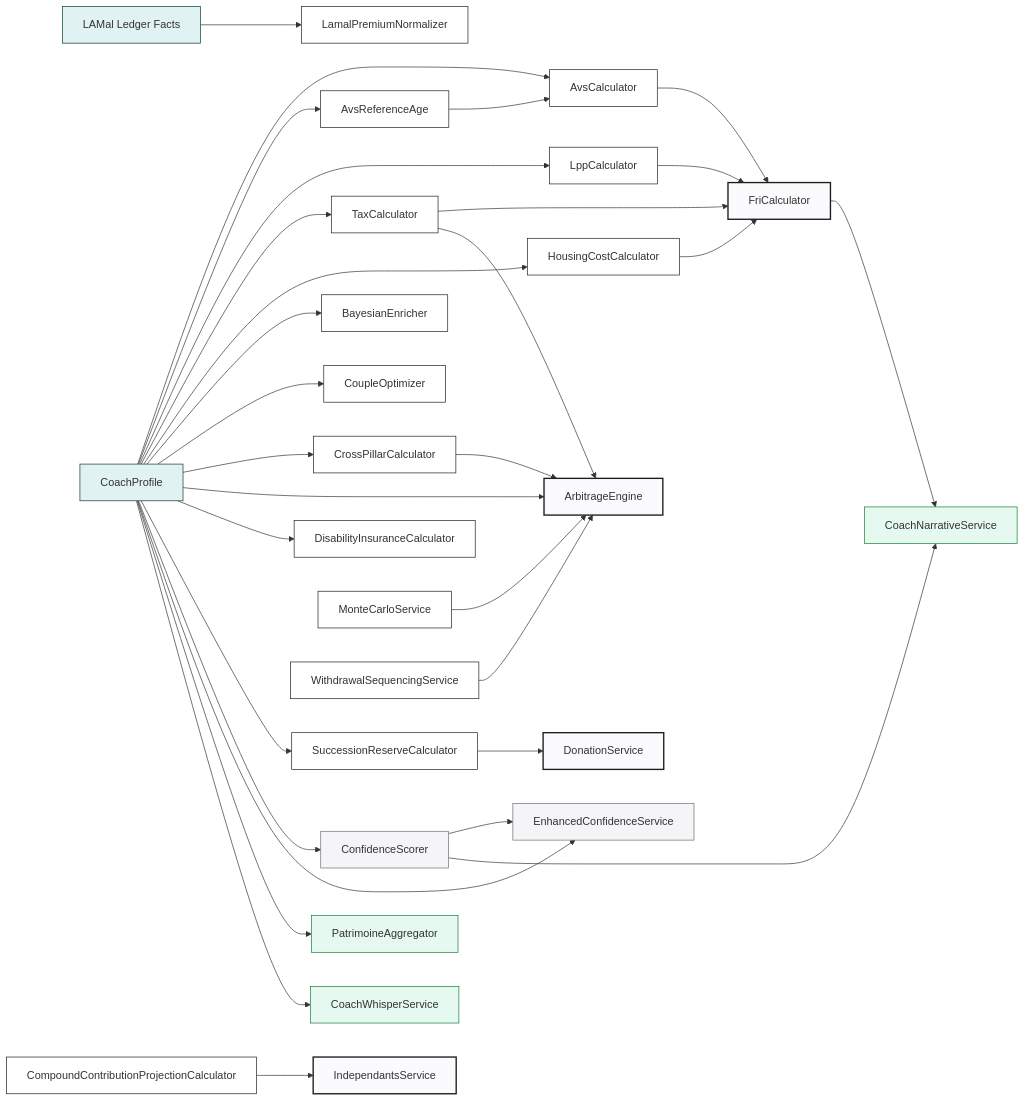
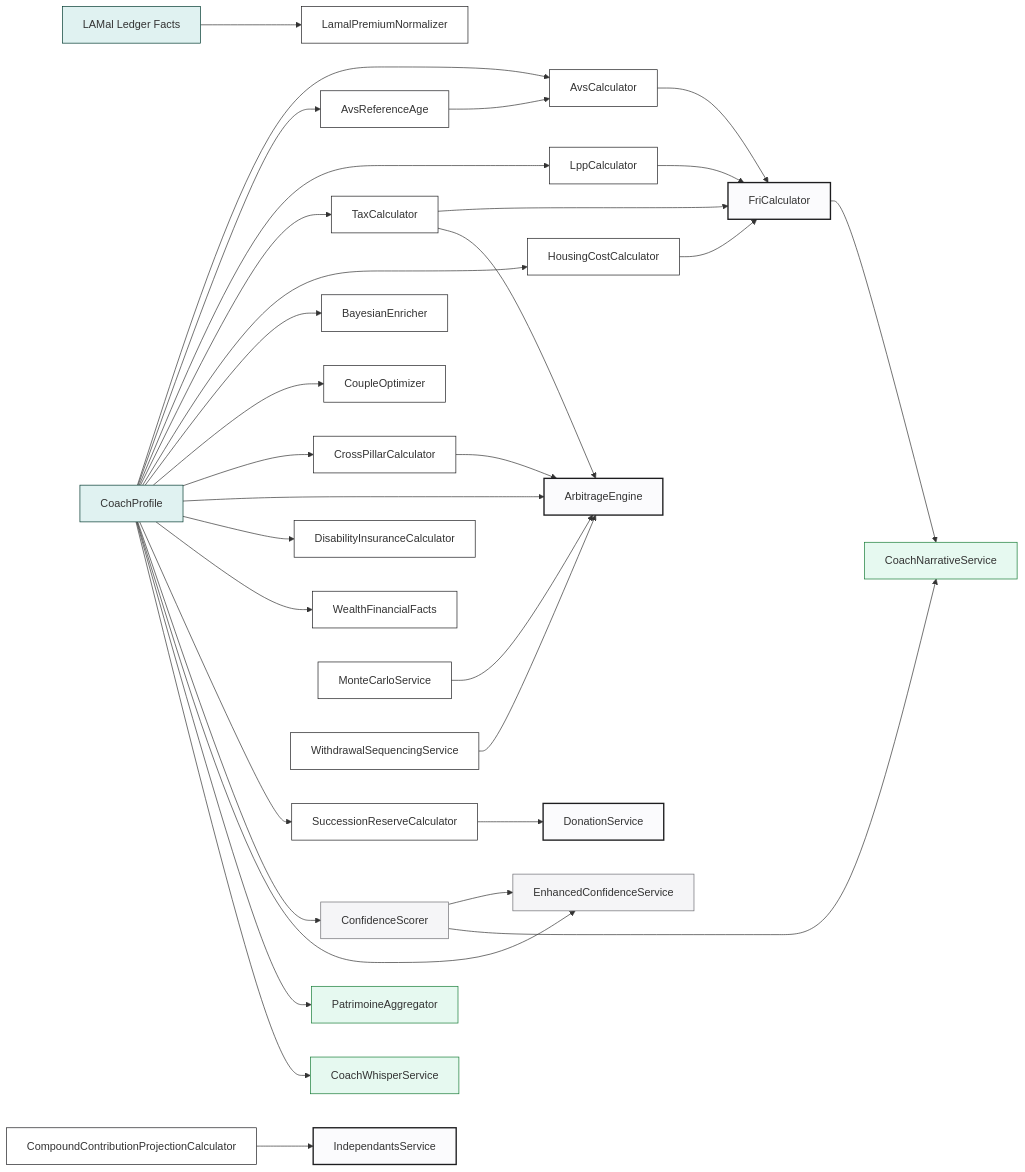
Before and after one commit to MINT-IA/MINT: the diagram in docs/calculator-graph.md, drawn with Mermaid. The commit also changed other lines of this file and 10 other files, not shown here.

Commit message:
feat(wealth): reconcile estate base from ledger facts

````diff
--- a/docs/calculator-graph.md
+++ b/docs/calculator-graph.md
@@ -26,47 +26,48 @@
 ```mermaid
 flowchart LR
     PROFILE[CoachProfile]:::profile
 
     PROFILE --> AVS[AvsCalculator]:::calc
     PROFILE --> AVS_REF[AvsReferenceAge]:::calc
     AVS_REF --> AVS
     PROFILE --> LPP[LppCalculator]:::calc
     PROFILE --> TAX[TaxCalculator]:::calc
     PROFILE --> HOUSING[HousingCostCalculator]:::calc
     PROFILE --> BAYESIAN[BayesianEnricher]:::calc
 
     AVS --> FRI[FriCalculator]:::composer
     LPP --> FRI
     TAX --> FRI
     HOUSING --> FRI
 
     PROFILE --> COUPLE[CoupleOptimizer]:::calc
     PROFILE --> CROSS[CrossPillarCalculator]:::calc
     PROFILE --> ARB[ArbitrageEngine]:::composer
     CROSS --> ARB
     TAX --> ARB
     PROFILE --> DISABILITY[DisabilityInsuranceCalculator]:::calc
+    PROFILE --> WEALTH[WealthFinancialFacts]:::calc
     PROFILE --> SUCCESSION[SuccessionReserveCalculator]:::calc
     LAMAL_FACTS[LAMal Ledger Facts]:::profile --> LAMAL[LamalPremiumNormalizer]:::calc
 
     PROFILE --> CONF[ConfidenceScorer]:::score
     PROFILE --> CONF_ENH[EnhancedConfidenceService]:::score
     CONF --> CONF_ENH
 
     PROFILE --> PAT[PatrimoineAggregator]:::ui
     PROFILE --> WHISPER[CoachWhisperService]:::ui
 
     FRI --> NAR[CoachNarrativeService]:::ui
     CONF --> NAR
 
     MC[MonteCarloService]:::calc --> ARB
     WITHDRAW[WithdrawalSequencingService]:::calc --> ARB
     COMPOUND[CompoundContributionProjectionCalculator]:::calc --> INDEP[IndependantsService]:::composer
     SUCCESSION --> DONATION[DonationService]:::composer
 
     classDef profile fill:#E0F2F1,stroke:#00382E
     classDef calc fill:#FFF,stroke:#1D1D1F
     classDef composer fill:#FBFBFD,stroke:#1D1D1F,stroke-width:2px
     classDef score fill:#F5F5F7,stroke:#6E6E73
     classDef ui fill:#E6F9F0,stroke:#157B35
 ```
````
